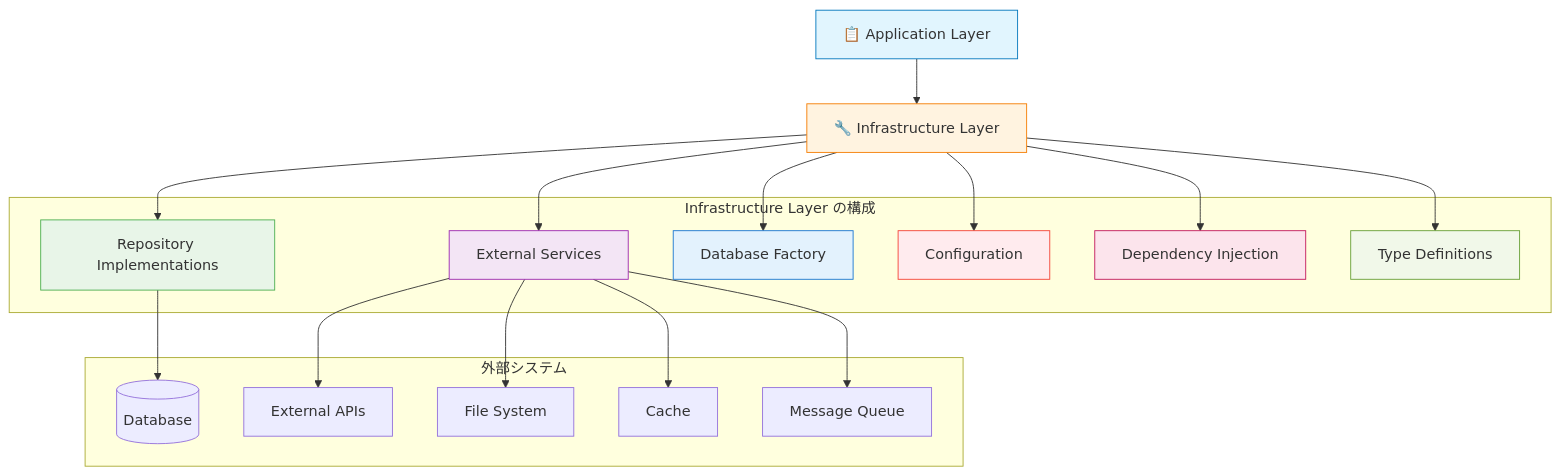
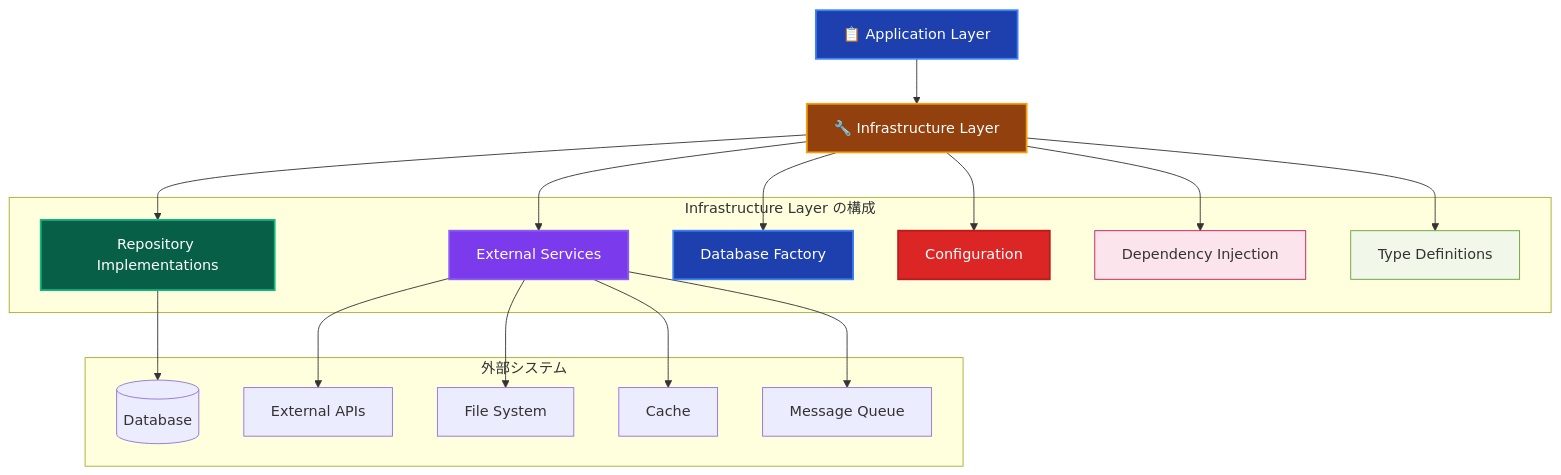
One commit to derushio/d-next-ddd-example changed the first of 5 diagrams in _DOCS/guides/ddd/layers/infrastructure/infrastructure.md. Above: the diagram before and after it, drawn with Mermaid. The commit also changed other lines of this file and 31 other files, not shown here.

Commit message:
🎨: DOCSのMermaid図表カラーテーマを暗色に統一し視認性を向上

````diff
--- a/_DOCS/guides/ddd/layers/infrastructure/infrastructure.md
+++ b/_DOCS/guides/ddd/layers/infrastructure/infrastructure.md
@@ -13,43 +13,43 @@
 ```mermaid
 graph TD
     APP[📋 Application Layer] --> INFRA[🔧 Infrastructure Layer]
     
     subgraph "Infrastructure Layer の構成"
         REPO[Repository Implementations]
         EXT_SERVICE[External Services]
         DB[Database Factory]
         CONFIG[Configuration]
         DI[Dependency Injection]
         TYPES[Type Definitions]
     end
     
     INFRA --> REPO
     INFRA --> EXT_SERVICE
     INFRA --> DB
     INFRA --> CONFIG
     INFRA --> DI
     INFRA --> TYPES
     
     subgraph "外部システム"
         DATABASE[(Database)]
         API[External APIs]
         FILE[File System]
         CACHE[Cache]
         QUEUE[Message Queue]
     end
     
     REPO --> DATABASE
     EXT_SERVICE --> API
     EXT_SERVICE --> FILE
     EXT_SERVICE --> CACHE
     EXT_SERVICE --> QUEUE
     
-    style APP fill:#e1f5fe,stroke:#0277bd
-    style INFRA fill:#fff3e0,stroke:#f57c00
-    style REPO fill:#e8f5e8,stroke:#4caf50
-    style EXT_SERVICE fill:#f3e5f5,stroke:#9c27b0
-    style DB fill:#e3f2fd,stroke:#1976d2
-    style CONFIG fill:#ffebee,stroke:#f44336
+    style APP fill:#1e40af,stroke:#3b82f6,stroke-width:2px,color:#ffffff
+    style INFRA fill:#92400e,stroke:#f59e0b,stroke-width:2px,color:#ffffff
+    style REPO fill:#065f46,stroke:#10b981,stroke-width:2px,color:#ffffff
+    style EXT_SERVICE fill:#7c3aed,stroke:#8b5cf6,stroke-width:2px,color:#ffffff
+    style DB fill:#1e40af,stroke:#3b82f6,stroke-width:2px,color:#ffffff
+    style CONFIG fill:#dc2626,stroke:#b91c1c,stroke-width:2px,color:#ffffff
     style DI fill:#fce4ec,stroke:#c2185b
     style TYPES fill:#f1f8e9,stroke:#689f38
 ```
````
